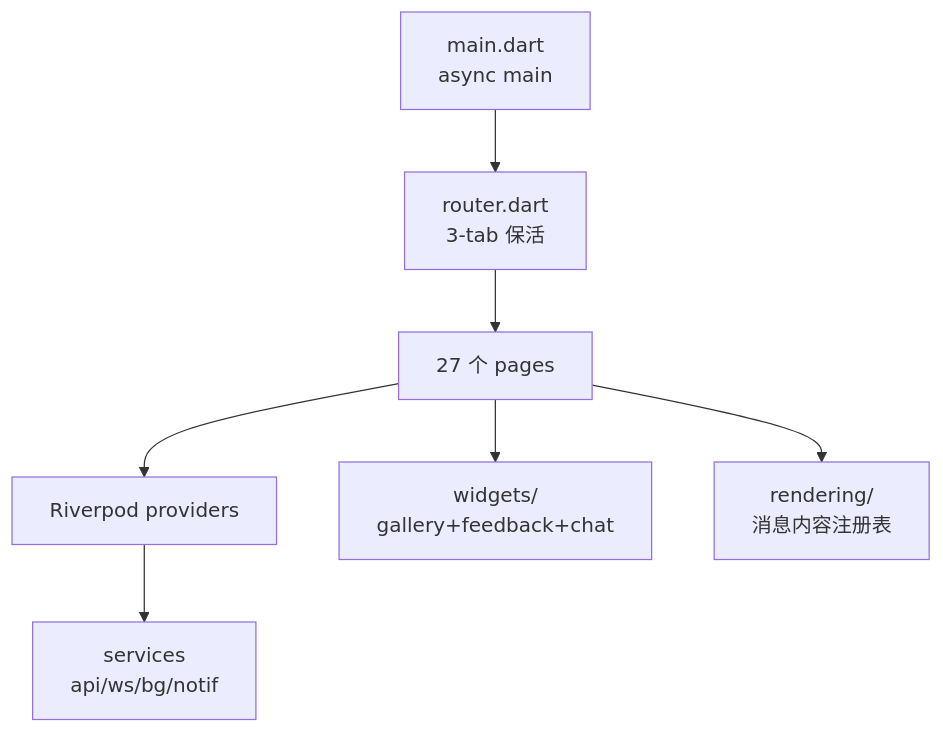
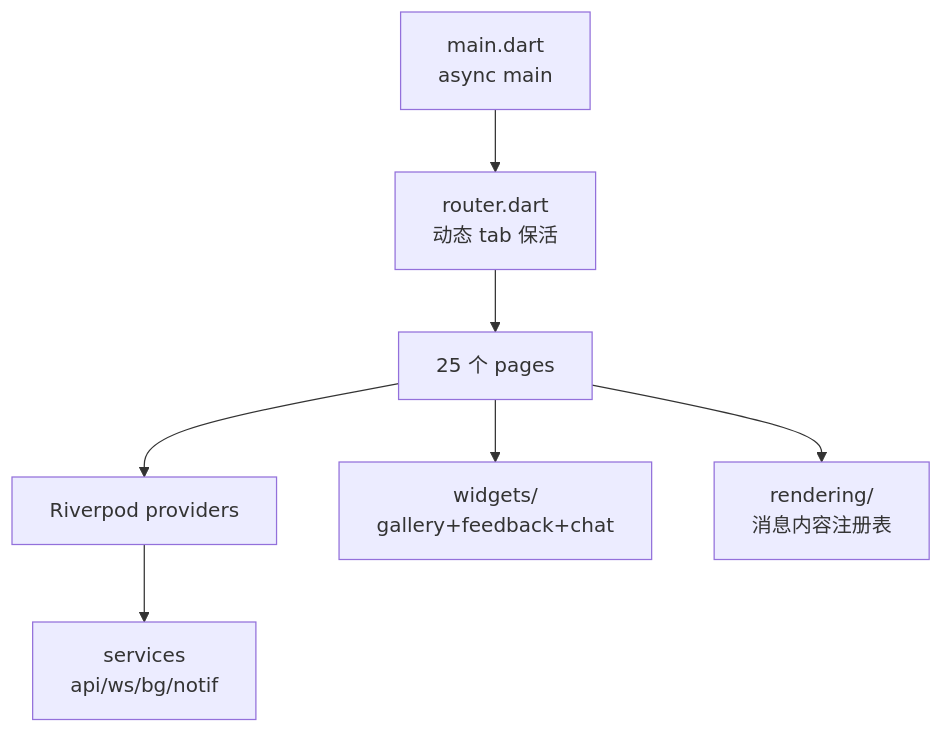
The diagram in app/CLAUDE.md (luoyu318/wanling), drawn with Mermaid before and after one commit. The commit also changed other lines of this file and 6 other files, not shown here.

````diff
--- a/app/CLAUDE.md
+++ b/app/CLAUDE.md
@@ -35,16 +35,16 @@
 ```mermaid
 flowchart TB
     MAIN[main.dart<br/>async main]
-    ROUTER[router.dart<br/>3-tab 保活]
-        PAGES[27 个 pages]
+    ROUTER[router.dart<br/>动态 tab 保活]
+        PAGES[25 个 pages]
     PROVIDERS[Riverpod providers]
     SERVICES[services<br/>api/ws/bg/notif]
     WIDGETS[widgets/<br/>gallery+feedback+chat]
     RENDER[rendering/<br/>消息内容注册表]
     
     MAIN --> ROUTER --> PAGES
     PAGES --> PROVIDERS
     PROVIDERS --> SERVICES
     PAGES --> WIDGETS
     PAGES --> RENDER
 ```
````
